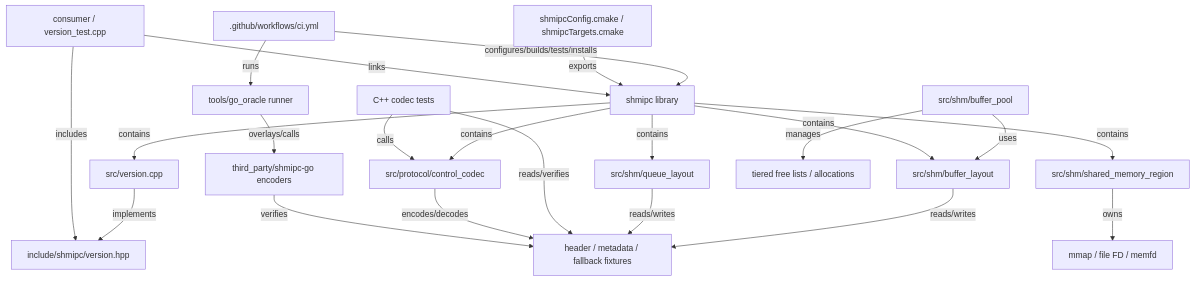
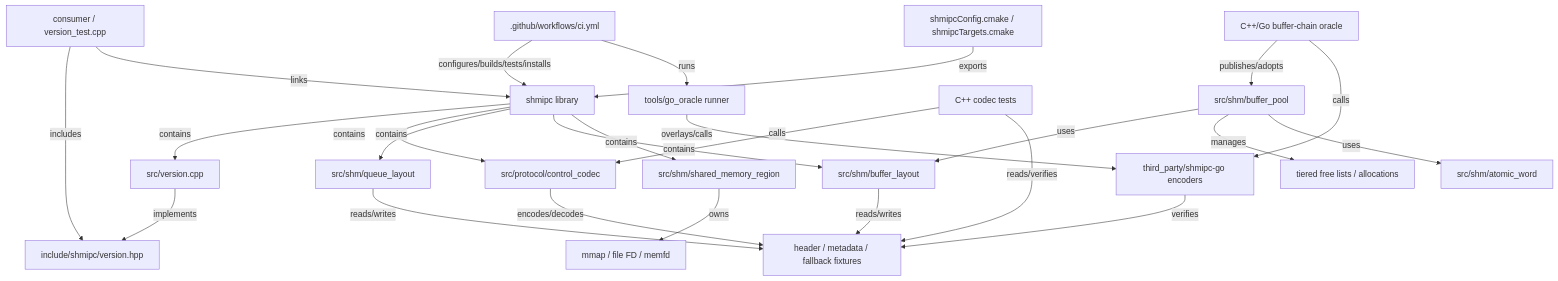
One commit to supermanc88/shmipc-cpp changed the first of 5 diagrams in arch_docs/graphs/relations.md. Above: the diagram before and after it, drawn with Mermaid. The commit also changed 20 other files, not shown here.

Commit message:
feat: add cross-process buffer pool interop

````diff
--- a/arch_docs/graphs/relations.md
+++ b/arch_docs/graphs/relations.md
@@ -5,40 +5,45 @@
 ```mermaid
 graph TD
   consumer["consumer / version_test.cpp"]
   public["include/shmipc/version.hpp"]
   library["shmipc library"]
   implementation["src/version.cpp"]
   package["shmipcConfig.cmake / shmipcTargets.cmake"]
   ci[".github/workflows/ci.yml"]
   runner["tools/go_oracle runner"]
   upstream["third_party/shmipc-go encoders"]
   golden["header / metadata / fallback fixtures"]
   codec["src/protocol/control_codec"]
   queue_layout["src/shm/queue_layout"]
   buffer_layout["src/shm/buffer_layout"]
   mapping["src/shm/shared_memory_region"]
   pool["src/shm/buffer_pool"]
+  atomic["src/shm/atomic_word"]
+  interop["C++/Go buffer-chain oracle"]
   golden_test["C++ codec tests"]
 
   consumer -- includes --> public
   consumer -- links --> library
   implementation -- implements --> public
   library -- contains --> implementation
   package -- exports --> library
   ci -- configures/builds/tests/installs --> library
   runner -- overlays/calls --> upstream
   upstream -- verifies --> golden
   codec -- encodes/decodes --> golden
   golden_test -- calls --> codec
   golden_test -- reads/verifies --> golden
   library -- contains --> codec
   library -- contains --> queue_layout
   queue_layout -- reads/writes --> golden
   library -- contains --> buffer_layout
   buffer_layout -- reads/writes --> golden
   library -- contains --> mapping
   mapping -- owns --> os_mapping["mmap / file FD / memfd"]
   pool -- uses --> buffer_layout
   pool -- manages --> pool_bytes["tiered free lists / allocations"]
+  pool -- uses --> atomic
+  interop -- publishes/adopts --> pool
+  interop -- calls --> upstream
   ci -- runs --> runner
 ```
````
